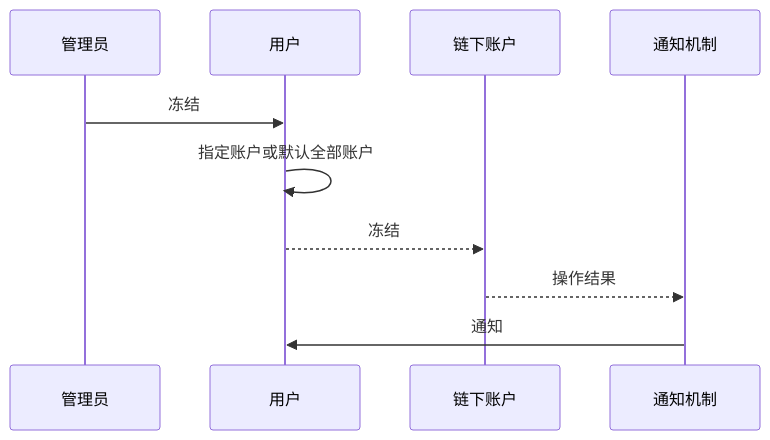
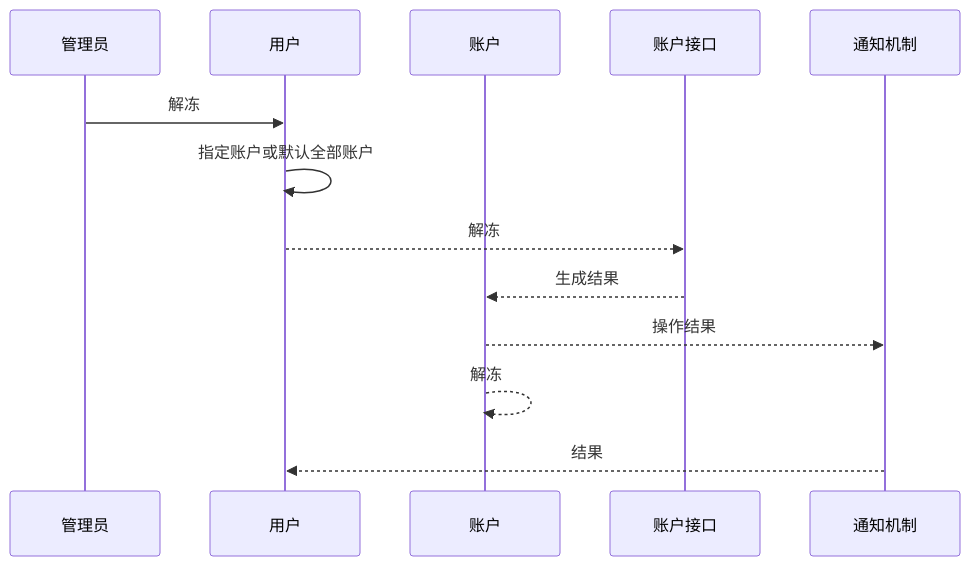
Before and after one commit to neomaclin/designdoc: diagram 12 of 22 in Readme.md, drawn with Mermaid. The commit also changed other lines of this file and 3 other files, not shown here.

````diff
--- a/Readme.md
+++ b/Readme.md
@@ -90,16 +194,17 @@
 ```mermaid
 
 sequenceDiagram
     participant s as 管理员
     participant u as 用户
-    participant a as 链下账户
+    participant a as 账户
+    participant ai as 账户接口
     participant n as 通知机制
 
-    s->>u: 冻结
+    s->>u: 解冻
     u->>u: 指定账户或默认全部账户
-    u-->> a: 冻结
+    u-->> ai: 解冻
+    ai-->>a: 生成结果
     a-->> n: 操作结果
-    n->>u: 通知
-
-
+    a-->> a: 解冻
+    n-->>u: 结果
 ```
````
